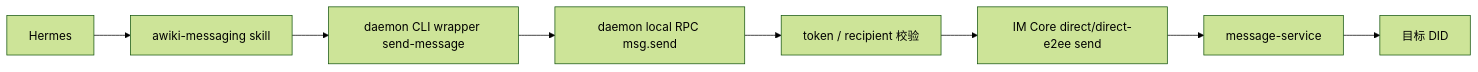
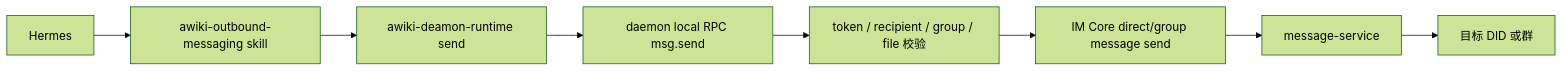
Before and after one commit to AgentConnect/awiki-cli-rs2: the sixth of 7 diagrams in crates/awiki-deamon/docs/hermes-plugin/hermes_runtime_plugin_design.md, drawn with Mermaid (forest theme). The commit also changed other lines of this file and 98 other files, not shown here.

````diff
--- a/crates/awiki-deamon/docs/hermes-plugin/hermes_runtime_plugin_design.md
+++ b/crates/awiki-deamon/docs/hermes-plugin/hermes_runtime_plugin_design.md
@@ -1136,10 +1121,10 @@
 ```mermaid
 flowchart LR
-    A["Hermes"] --> B["awiki-messaging skill"]
-    B --> C["daemon CLI wrapper send-message"]
+    A["Hermes"] --> B["awiki-outbound-messaging skill"]
+    B --> C["awiki-deamon-runtime send"]
     C --> D["daemon local RPC msg.send"]
-    D --> E["token / recipient 校验"]
-    E --> F["IM Core direct/direct-e2ee send"]
+    D --> E["token / recipient / group / file 校验"]
+    E --> F["IM Core direct/group message send"]
     F --> G["message-service"]
-    G --> H["目标 DID"]
+    G --> H["目标 DID 或群"]
 ```
````
